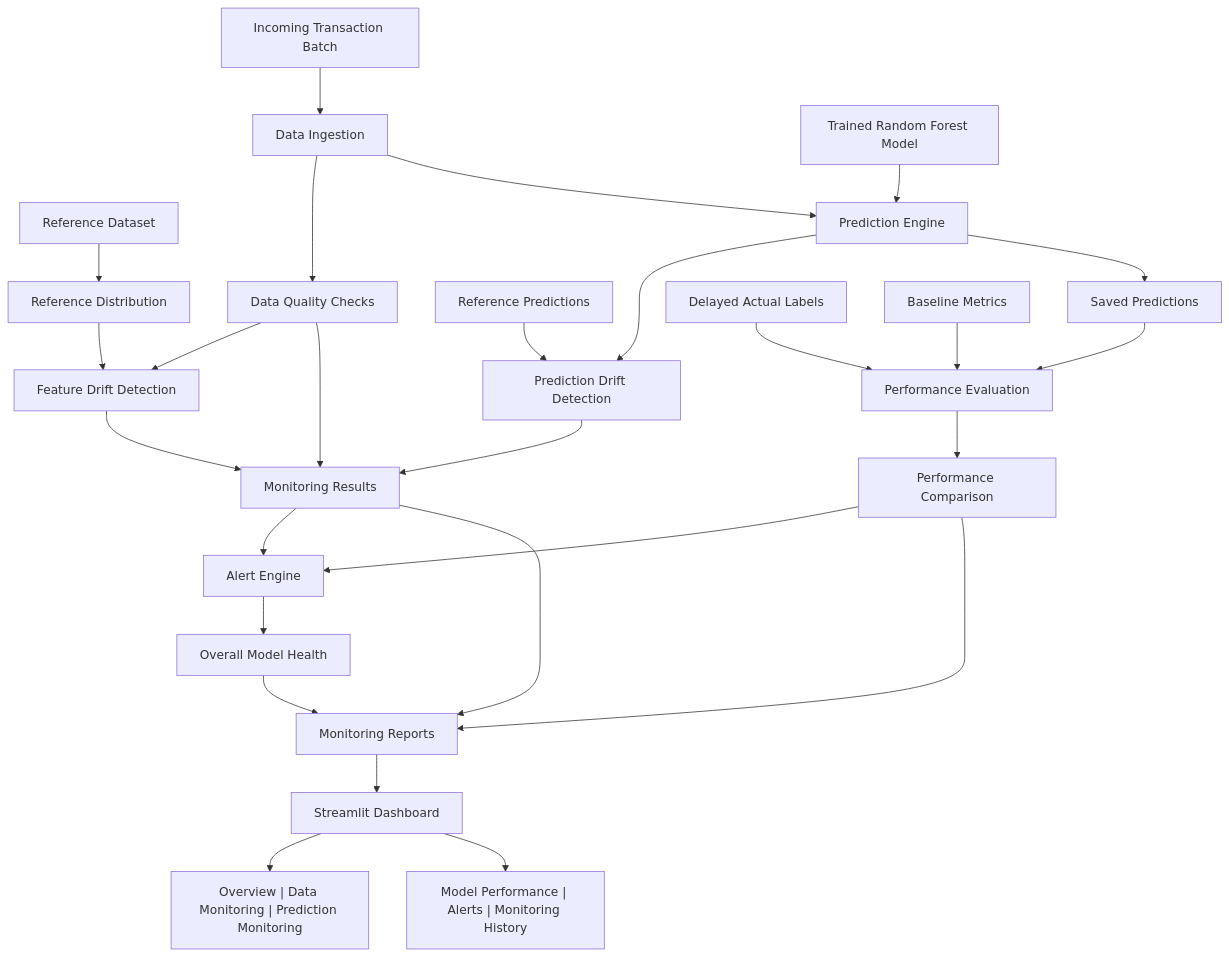
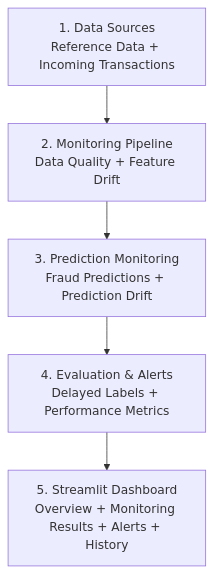
Before and after one commit to Joyslin-2006/DriftWatch: the diagram in README.md, drawn with Mermaid. The commit also changed other lines of this file, not shown here.

Commit message:
Revise README for clarity and detail
Updated README to enhance project overview, architecture, features, and usage instructions.

````diff
--- a/README.md
+++ b/README.md
@@ -24,37 +26,13 @@
 ```mermaid
 flowchart TD
-    A["Incoming Transaction Batch"] --> B["Data Ingestion"]
-    R["Reference Dataset"] --> C["Reference Distribution"]
-    M["Trained Random Forest Model"] --> F["Prediction Engine"]
+    A["1. Data Sources<br/>Reference Data + Incoming Transactions"]
+    B["2. Monitoring Pipeline<br/>Data Quality + Feature Drift"]
+    C["3. Prediction Monitoring<br/>Fraud Predictions + Prediction Drift"]
+    D["4. Evaluation & Alerts<br/>Delayed Labels + Performance Metrics"]
+    E["5. Streamlit Dashboard<br/>Overview + Monitoring Results + Alerts + History"]
 
-    B --> D["Data Quality Checks"]
-    D --> E["Feature Drift Detection"]
-    C --> E
-
-    B --> F
-    F --> G["Prediction Drift Detection"]
-    P["Reference Predictions"] --> G
-
-    E --> H["Monitoring Results"]
-    G --> H
-    D --> H
-
-    H --> I["Alert Engine"]
-    I --> J["Overall Model Health"]
-
-    F --> K["Saved Predictions"]
-    L["Delayed Actual Labels"] --> N["Performance Evaluation"]
-    K --> N
-    Q["Baseline Metrics"] --> N
-
-    N --> O["Performance Comparison"]
-    O --> I
-
-    H --> S["Monitoring Reports"]
-    O --> S
-    J --> S
-
-    S --> T["Streamlit Dashboard"]
-    T --> U["Overview | Data Monitoring | Prediction Monitoring"]
-    T --> V["Model Performance | Alerts | Monitoring History"]
+    A --> B
+    B --> C
+    C --> D
+    D --> E
 ```
````
